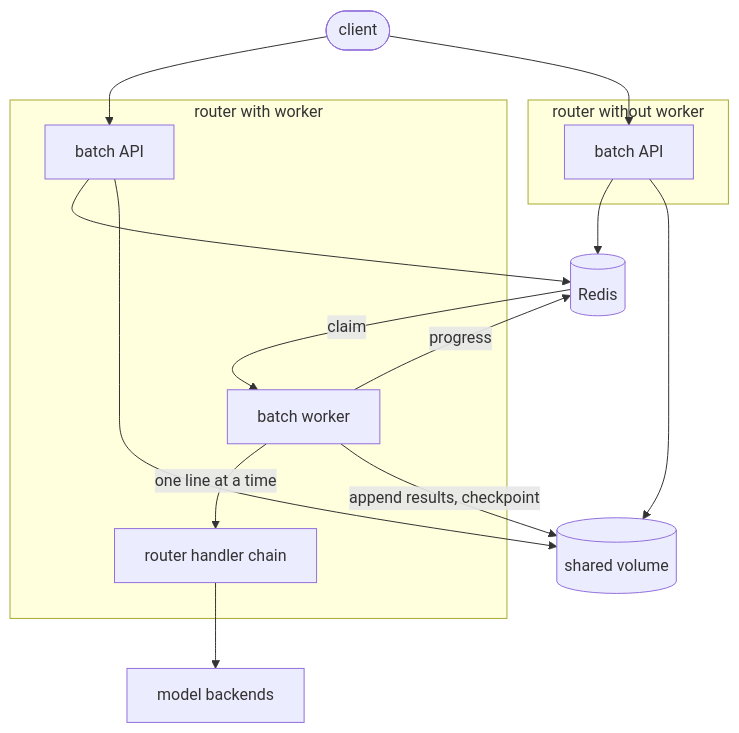
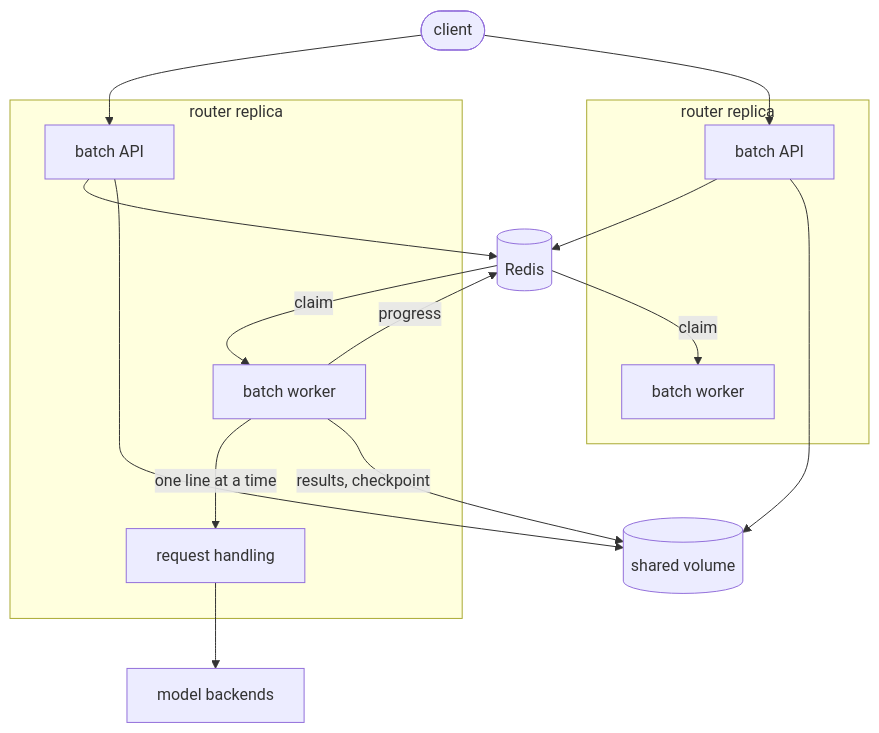
One commit to volcano-sh/kthena changed the first of 3 diagrams in docs/proposal/kthena-router-batch-api.md. Above: the diagram before and after it, drawn with Mermaid. The commit also changed other lines of this file, not shown here.

Commit message:
docs: make the batch proposal concise and enable the worker with the API

````diff
--- a/docs/proposal/kthena-router-batch-api.md
+++ b/docs/proposal/kthena-router-batch-api.md
@@ -124,31 +112,33 @@
 ```mermaid
 flowchart TB
     client([client])
 
-    subgraph replicaA["router with worker"]
+    subgraph replicaA["router replica"]
         apiA["batch API"]
         workerA["batch worker"]
-        chainA["router handler chain"]
+        chainA["request handling"]
     end
 
-    subgraph replicaB["router without worker"]
+    subgraph replicaB["router replica"]
         apiB["batch API"]
+        workerB["batch worker"]
     end
 
     redis[("Redis")]
     volume[("shared volume")]
     backends["model backends"]
 
     client --> apiA
     client --> apiB
     apiA --> redis
     apiA --> volume
     apiB --> redis
     apiB --> volume
 
     redis -- claim --> workerA
+    redis -- claim --> workerB
     workerA -- one line at a time --> chainA
     chainA --> backends
-    workerA -- append results, checkpoint --> volume
+    workerA -- results, checkpoint --> volume
     workerA -- progress --> redis
 ```
````
